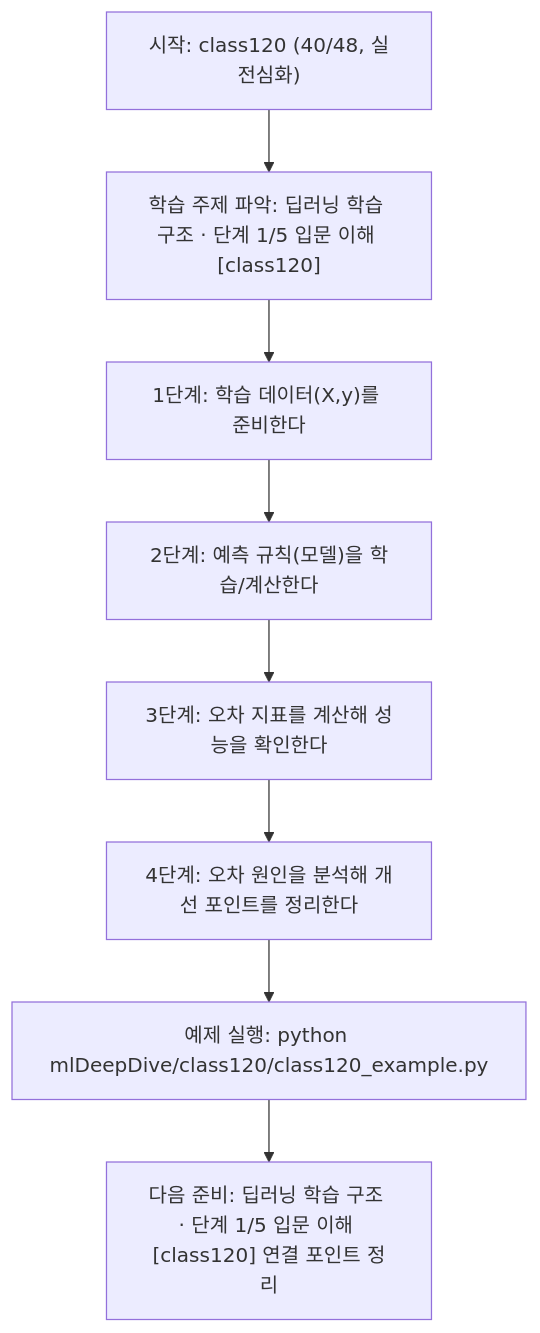
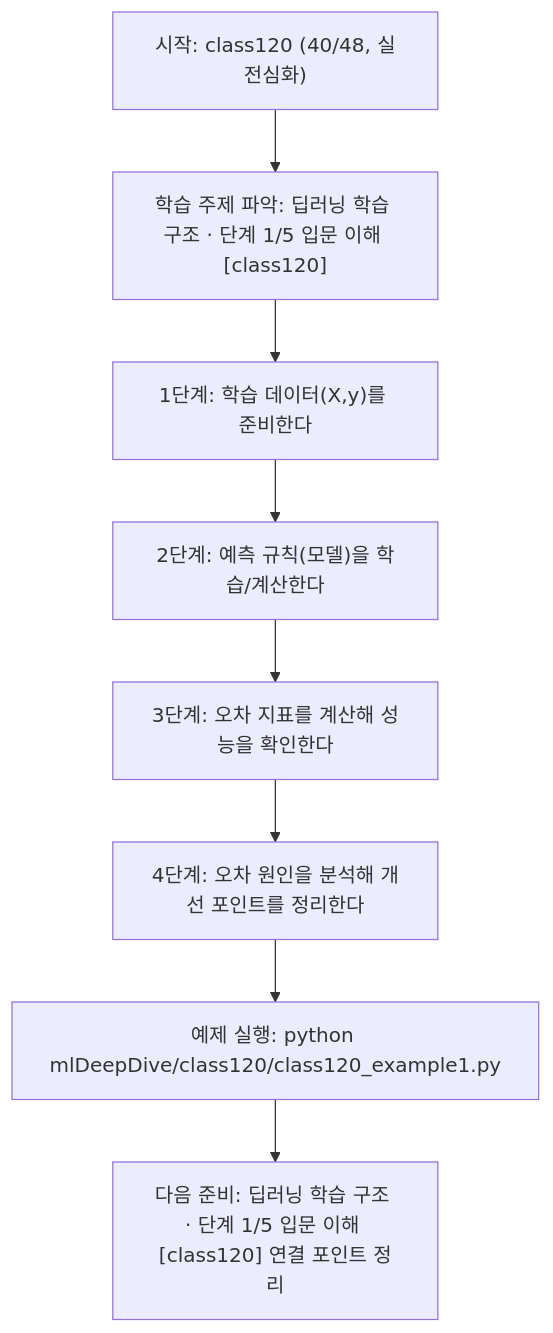
The diagram in mlDeepDive/class120/class120.md (edumgt/Python-AI_Agent-Class), drawn with Mermaid before and after one commit. The commit also changed other lines of this file and 2959 other files, not shown here.

````diff
--- a/mlDeepDive/class120/class120.md
+++ b/mlDeepDive/class120/class120.md
@@ -110,18 +110,18 @@
 ```mermaid
 flowchart TD
 N1["시작: class120 (40/48, 실전심화)"]
 N2["학습 주제 파악: 딥러닝 학습 구조 · 단계 1/5 입문 이해 [class120]"]
 N3["1단계: 학습 데이터(X,y)를 준비한다"]
 N4["2단계: 예측 규칙(모델)을 학습/계산한다"]
 N5["3단계: 오차 지표를 계산해 성능을 확인한다"]
 N6["4단계: 오차 원인을 분석해 개선 포인트를 정리한다"]
-N7["예제 실행: python mlDeepDive/class120/class120_example.py"]
+N7["예제 실행: python mlDeepDive/class120/class120_example1.py"]
 N8["다음 준비: 딥러닝 학습 구조 · 단계 1/5 입문 이해 [class120] 연결 포인트 정리"]
 N1 --> N2
 N2 --> N3
 N3 --> N4
 N4 --> N5
 N5 --> N6
 N6 --> N7
 N7 --> N8
 ```
````
